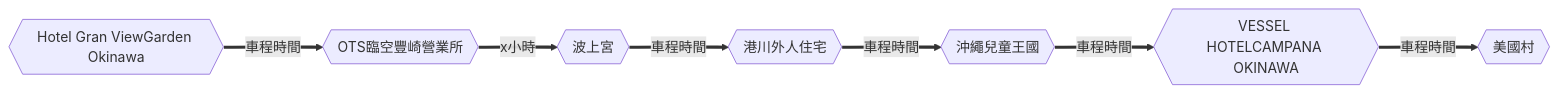
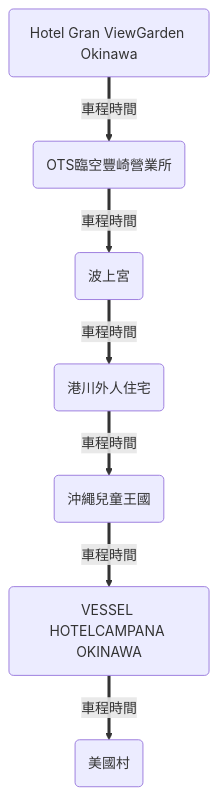
One commit to wilder640/trip changed the eighth of 12 diagrams in docs/blog/posts/okinawa/okinawa-2024-12/okinawa-2024-12.md. Above: the diagram before and after it, drawn with Mermaid. The commit also changed other lines of this file and 2 other files, not shown here.

````diff
--- a/docs/blog/posts/okinawa/okinawa-2024-12/okinawa-2024-12.md
+++ b/docs/blog/posts/okinawa/okinawa-2024-12/okinawa-2024-12.md
@@ -99,5 +133,5 @@
 ``` mermaid
-graph LR
-    A{{Hotel Gran ViewGarden Okinawa}} == 車程時間 ==> B{{OTS臨空豐崎營業所}} == x小時 ==> C{{波上宮}}  == 車程時間 ==> D{{港川外人住宅}} == 車程時間 ==> E{{沖繩兒童王國}} == 車程時間 ==> 
-    F{{VESSEL HOTELCAMPANA OKINAWA}} == 車程時間 ==> G{{美國村}}
+graph TD
+    A(Hotel Gran ViewGarden Okinawa) == 車程時間 ==> B(OTS臨空豐崎營業所) == 車程時間 ==> C(波上宮)  == 車程時間 ==> D(港川外人住宅) == 車程時間 ==> E(沖繩兒童王國) == 車程時間 ==> 
+    F(VESSEL HOTELCAMPANA OKINAWA) == 車程時間 ==> G(美國村)
 ```
````
